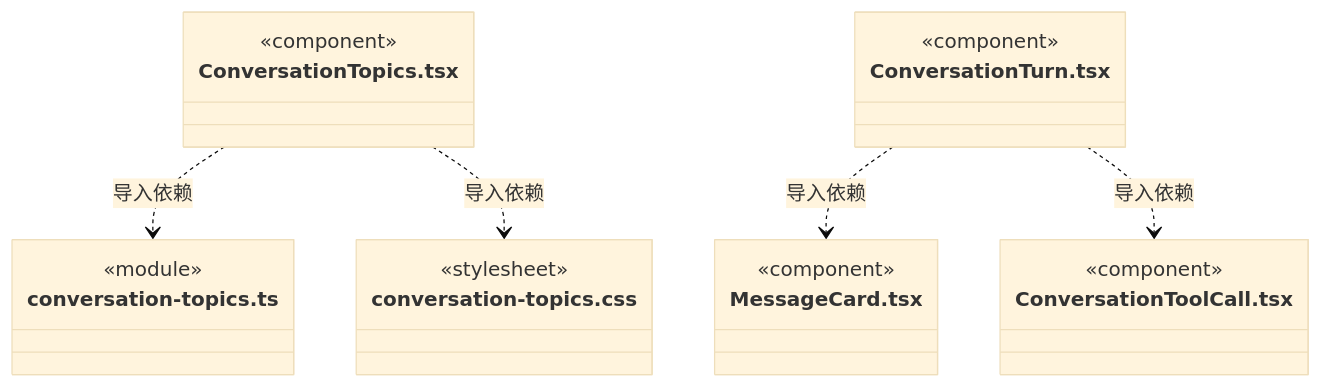
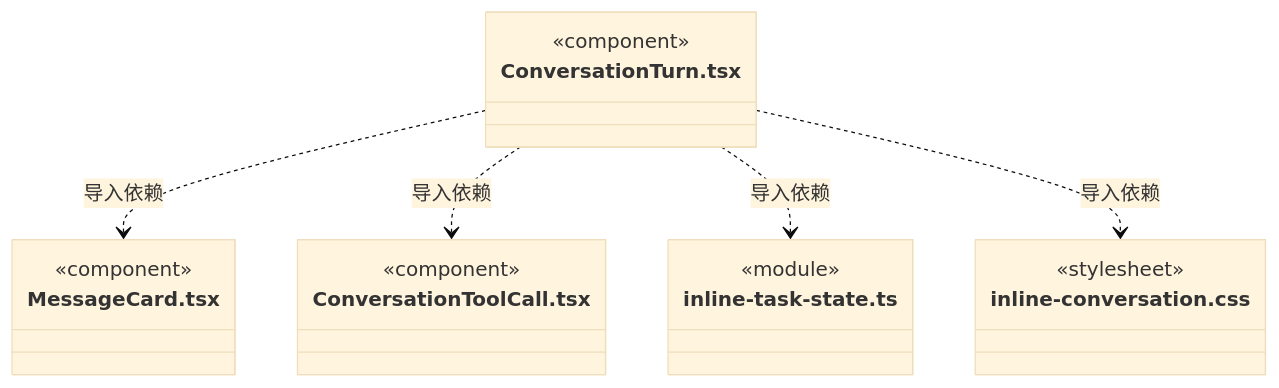
Before and after one commit to nan023062/cbim: diagram 47 of 51 in src/view/conversation/ARCHITECTURE.md, drawn with Mermaid (base theme). The commit also changed other lines of this file and 87 other files, not shown here.

````diff
--- a/src/view/conversation/ARCHITECTURE.md
+++ b/src/view/conversation/ARCHITECTURE.md
@@ -744,25 +744,22 @@
 ```mermaid
 classDiagram
-class N_src_view_conversation_ConversationTopics_tsx["ConversationTopics.tsx"] {
-  <<component>>
-}
-class N_src_view_conversation_conversation_topics_ts["conversation-topics.ts"] {
-  <<module>>
-}
-class N_src_view_conversation_conversation_topics_css["conversation-topics.css"] {
-  <<stylesheet>>
-}
 class N_src_view_conversation_ConversationTurn_tsx["ConversationTurn.tsx"] {
   <<component>>
 }
 class N_src_view_conversation_MessageCard_tsx["MessageCard.tsx"] {
   <<component>>
 }
 class N_src_view_conversation_ConversationToolCall_tsx["ConversationToolCall.tsx"] {
   <<component>>
 }
-N_src_view_conversation_ConversationTopics_tsx ..> N_src_view_conversation_conversation_topics_ts : 导入依赖
-N_src_view_conversation_ConversationTopics_tsx ..> N_src_view_conversation_conversation_topics_css : 导入依赖
+class N_src_view_conversation_inline_task_state_ts["inline-task-state.ts"] {
+  <<module>>
+}
+class N_src_view_conversation_inline_conversation_css["inline-conversation.css"] {
+  <<stylesheet>>
+}
 N_src_view_conversation_ConversationTurn_tsx ..> N_src_view_conversation_MessageCard_tsx : 导入依赖
 N_src_view_conversation_ConversationTurn_tsx ..> N_src_view_conversation_ConversationToolCall_tsx : 导入依赖
+N_src_view_conversation_ConversationTurn_tsx ..> N_src_view_conversation_inline_task_state_ts : 导入依赖
+N_src_view_conversation_ConversationTurn_tsx ..> N_src_view_conversation_inline_conversation_css : 导入依赖
 ```
````
